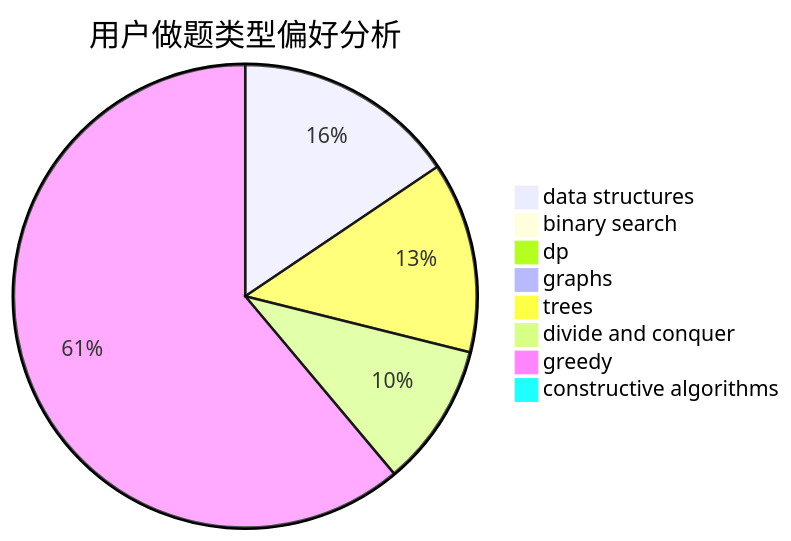
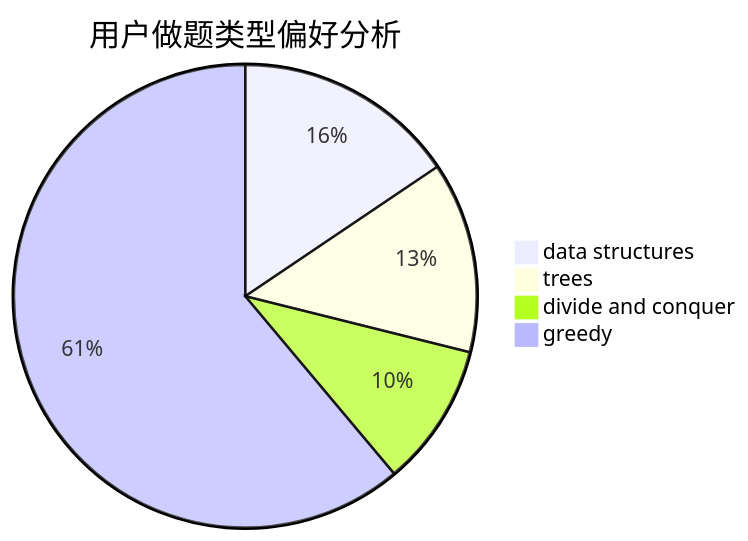
Before and after one commit to sherpahu/cfrs.github.io: the second of 3 diagrams in docs/user/u216.md, drawn with Mermaid. The commit also changed other lines of this file and 2770 other files, not shown here.

````diff
--- a/docs/user/u216.md
+++ b/docs/user/u216.md
@@ -18,11 +15,7 @@
 ```mermaid
 pie title 用户做题类型偏好分析
     "data structures" :  14
-    "binary search" :  0
-    "dp" :  0
-    "graphs" :  0
     "trees" :  12
     "divide and conquer" :  9
     "greedy" :  55
-    "constructive algorithms" :  0
 ```
````
